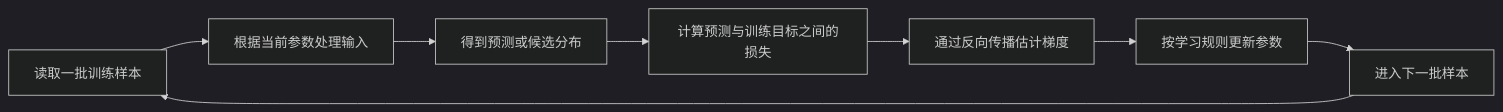
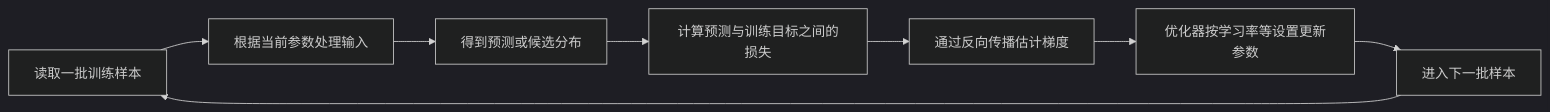
One commit to X-lab2017/AIOS101 changed the fourth of 7 diagrams in textbook/chapters/CH04-data-to-models.md. Above: the diagram before and after it, drawn with Mermaid (dark theme). The commit also changed other lines of this file and 11 other files, not shown here.

````diff
--- a/textbook/chapters/CH04-data-to-models.md
+++ b/textbook/chapters/CH04-data-to-models.md
@@ -185,10 +208,10 @@
 ```mermaid
 flowchart LR
     B["读取一批训练样本"] --> I["根据当前参数处理输入"]
     I --> O["得到预测或候选分布"]
     O --> L["计算预测与训练目标之间的损失"]
     L --> G["通过反向传播估计梯度"]
-    G --> U["按学习规则更新参数"]
+    G --> U["优化器按学习率等设置更新参数"]
     U --> N["进入下一批样本"]
     N --> B
 ```
````
